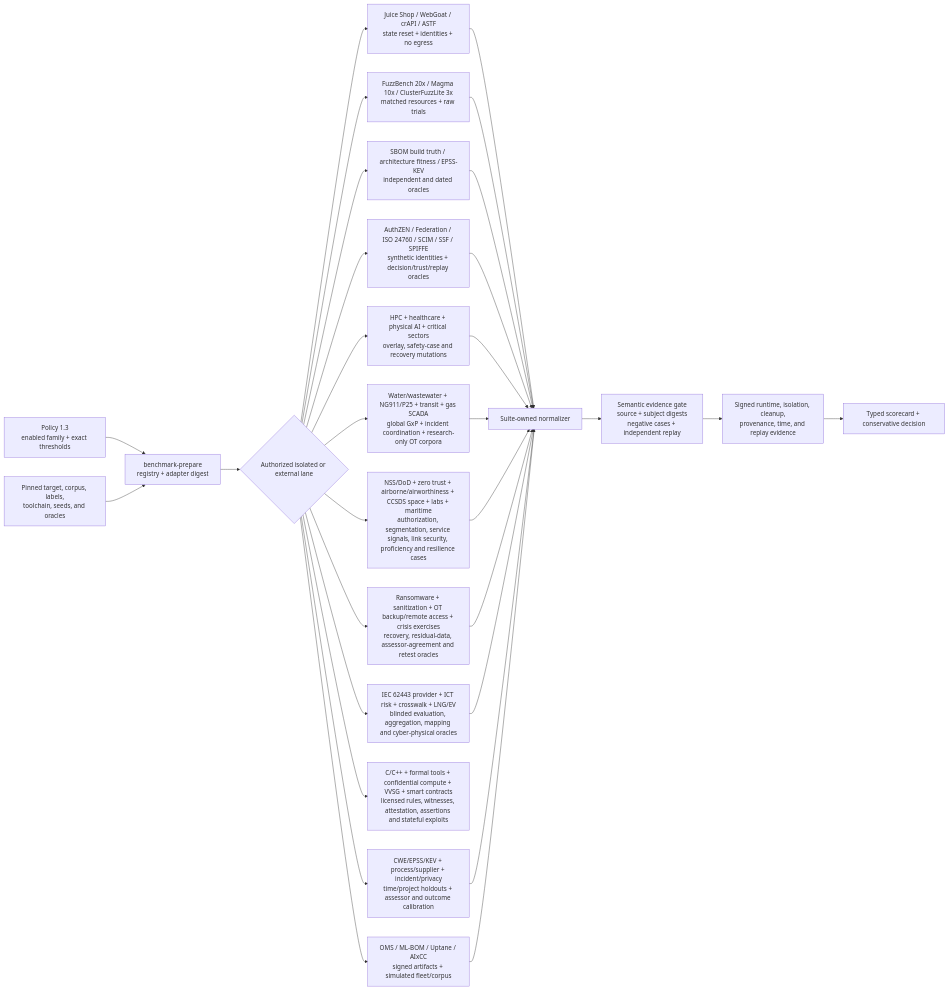
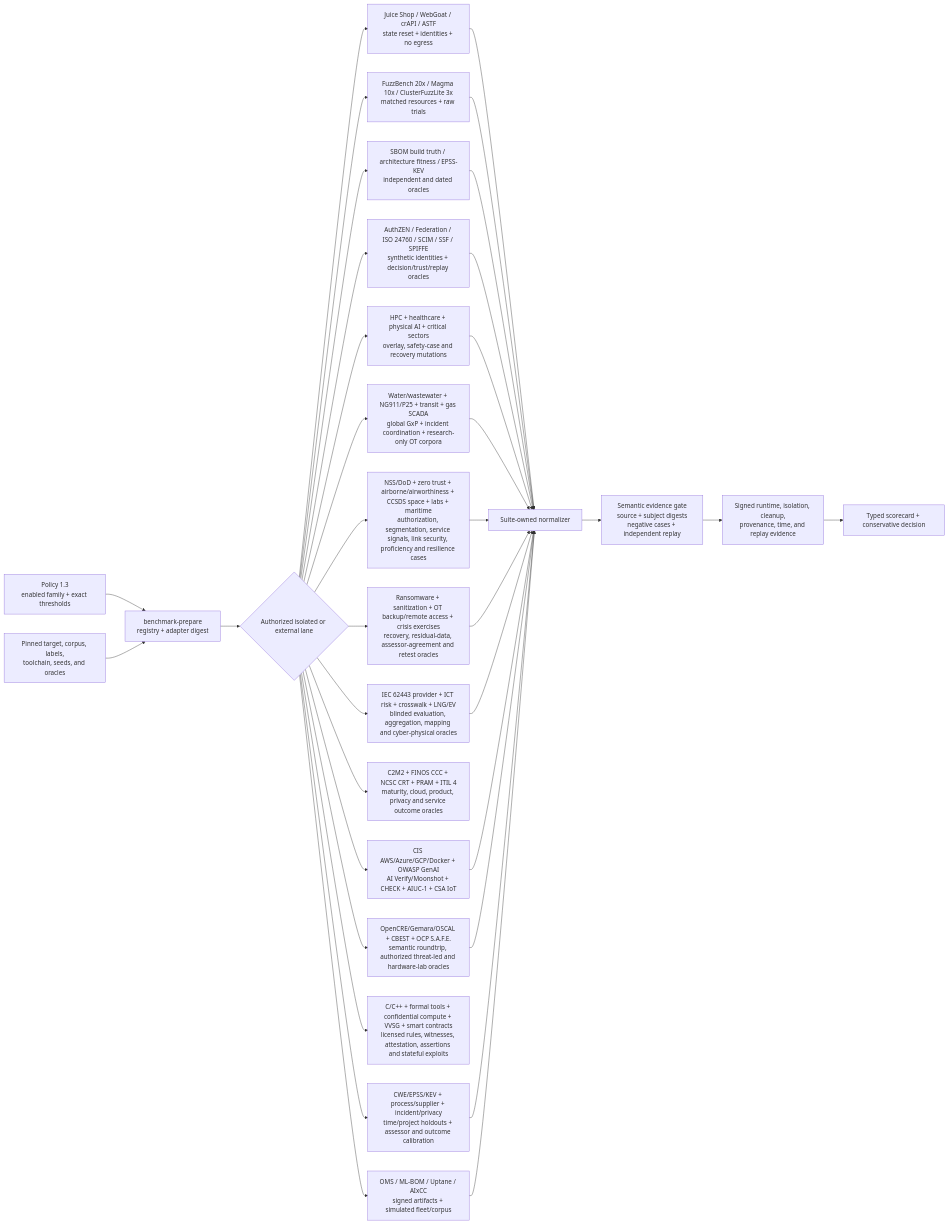
The first of 3 diagrams in docs/benchmark-operations.md (willtran87/project-py-security-suite), drawn with Mermaid before and after one commit. The commit also changed other lines of this file and 37 other files, not shown here.

````diff
--- a/docs/benchmark-operations.md
+++ b/docs/benchmark-operations.md
@@ -17,32 +17,37 @@
 ```mermaid
 flowchart LR
     Policy["Policy 1.3<br/>enabled family + exact thresholds"] --> Prepare["benchmark-prepare<br/>registry + adapter digest"]
     Inputs["Pinned target, corpus, labels,<br/>toolchain, seeds, and oracles"] --> Prepare
     Prepare --> Lane{"Authorized isolated or external lane"}
     Lane --> Apps["Juice Shop / WebGoat / crAPI / ASTF<br/>state reset + identities + no egress"]
     Lane --> Fuzz["FuzzBench 20x / Magma 10x / ClusterFuzzLite 3x<br/>matched resources + raw trials"]
     Lane --> Truth["SBOM build truth / architecture fitness / EPSS-KEV<br/>independent and dated oracles"]
     Lane --> Identity["AuthZEN / Federation / ISO 24760 / SCIM / SSF / SPIFFE<br/>synthetic identities + decision/trust/replay oracles"]
     Lane --> Infrastructure["HPC + healthcare + physical AI + critical sectors<br/>overlay, safety-case and recovery mutations"]
     Lane --> CriticalInfrastructure["Water/wastewater + NG911/P25 + transit + gas SCADA<br/>global GxP + incident coordination + research-only OT corpora"]
     Lane --> Operations["NSS/DoD + zero trust + airborne/airworthiness + CCSDS space + labs + maritime<br/>authorization, segmentation, service signals, link security, proficiency and resilience cases"]
     Lane --> Recovery["Ransomware + sanitization + OT backup/remote access + crisis exercises<br/>recovery, residual-data, assessor-agreement and retest oracles"]
     Lane --> Governance["IEC 62443 provider + ICT risk + crosswalk + LNG/EV<br/>blinded evaluation, aggregation, mapping and cyber-physical oracles"]
+    Lane --> MaturityProduct["C2M2 + FINOS CCC + NCSC CRT + PRAM + ITIL 4<br/>maturity, cloud, product, privacy and service outcome oracles"]
+    Lane --> CurrentStandards["CIS AWS/Azure/GCP/Docker + OWASP GenAI<br/>AI Verify/Moonshot + CHECK + AIUC-1 + CSA IoT"]
+    Lane --> InteropSector["OpenCRE/Gemara/OSCAL + CBEST + OCP S.A.F.E.<br/>semantic roundtrip, authorized threat-led and hardware-lab oracles"]
     Lane --> Specialized["C/C++ + formal tools + confidential compute + VVSG + smart contracts<br/>licensed rules, witnesses, attestation, assertions and stateful exploits"]
     Lane --> Calibration["CWE/EPSS/KEV + process/supplier + incident/privacy<br/>time/project holdouts + assessor and outcome calibration"]
     Lane --> Artifact["OMS / ML-BOM / Uptane / AIxCC<br/>signed artifacts + simulated fleet/corpus"]
     Apps --> Normalize["Suite-owned normalizer"]
     Fuzz --> Normalize
     Truth --> Normalize
     Identity --> Normalize
     Infrastructure --> Normalize
     CriticalInfrastructure --> Normalize
     Operations --> Normalize
     Recovery --> Normalize
     Governance --> Normalize
+    CurrentStandards --> Normalize
+    InteropSector --> Normalize
     Calibration --> Normalize
     Artifact --> Normalize
     Normalize --> Semantic["Semantic evidence gate<br/>source + subject digests<br/>negative cases + independent replay"]
     Semantic --> Trust["Signed runtime, isolation, cleanup,<br/>provenance, time, and replay evidence"]
     Trust --> Score["Typed scorecard + conservative decision"]
 ```
````
